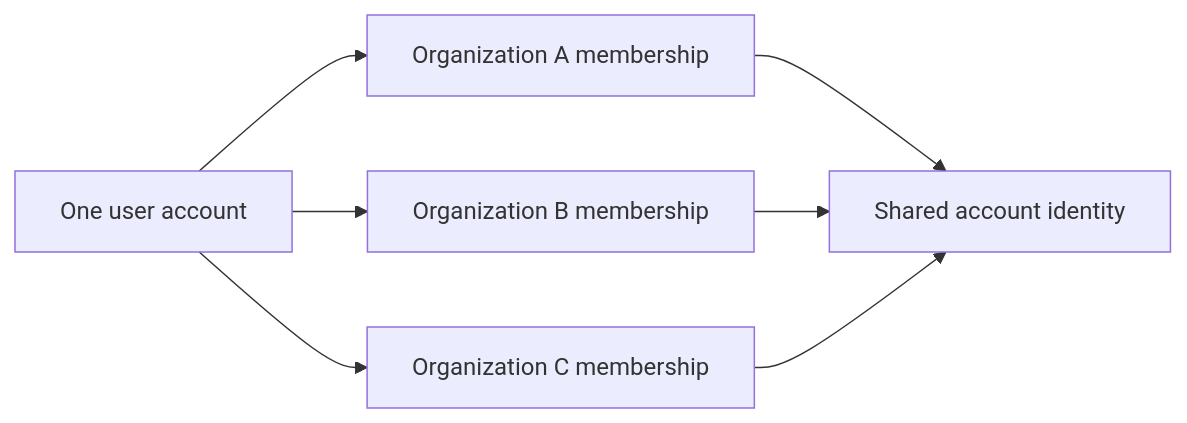
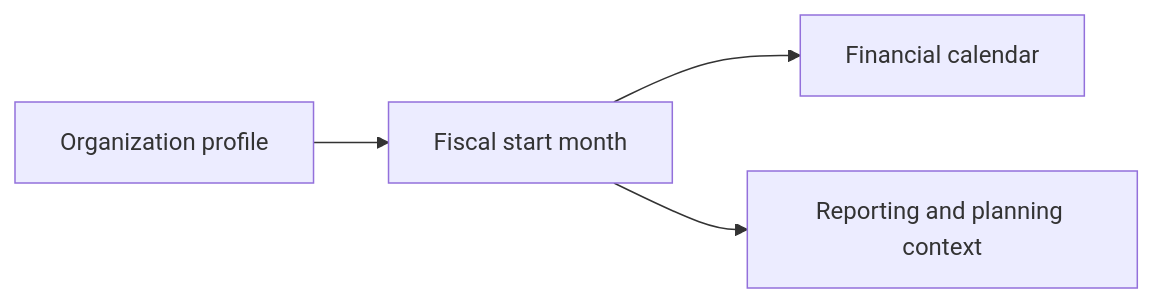
The third of 24 diagrams in openai/gpt-5.4-mini/erp/docs/analysis/04-business-rules.md (wrtnlabs/autobe-examples), drawn with Mermaid before and after one commit. The commit also changed other lines of this file and 9017 other files, not shown here.

````diff
--- a/openai/gpt-5.4-mini/erp/docs/analysis/04-business-rules.md
+++ b/openai/gpt-5.4-mini/erp/docs/analysis/04-business-rules.md
@@ -97,9 +76,6 @@
 ```mermaid
 flowchart LR
-    A["One user account"] --> B["Organization A membership"]
-    A --> C["Organization B membership"]
-    A --> D["Organization C membership"]
-    B --> E["Shared account identity"]
-    C --> E
-    D --> E
+    A["Organization profile"] --> B["Fiscal start month"]
+    B --> C["Financial calendar"]
+    B --> D["Reporting and planning context"]
 ```
````
